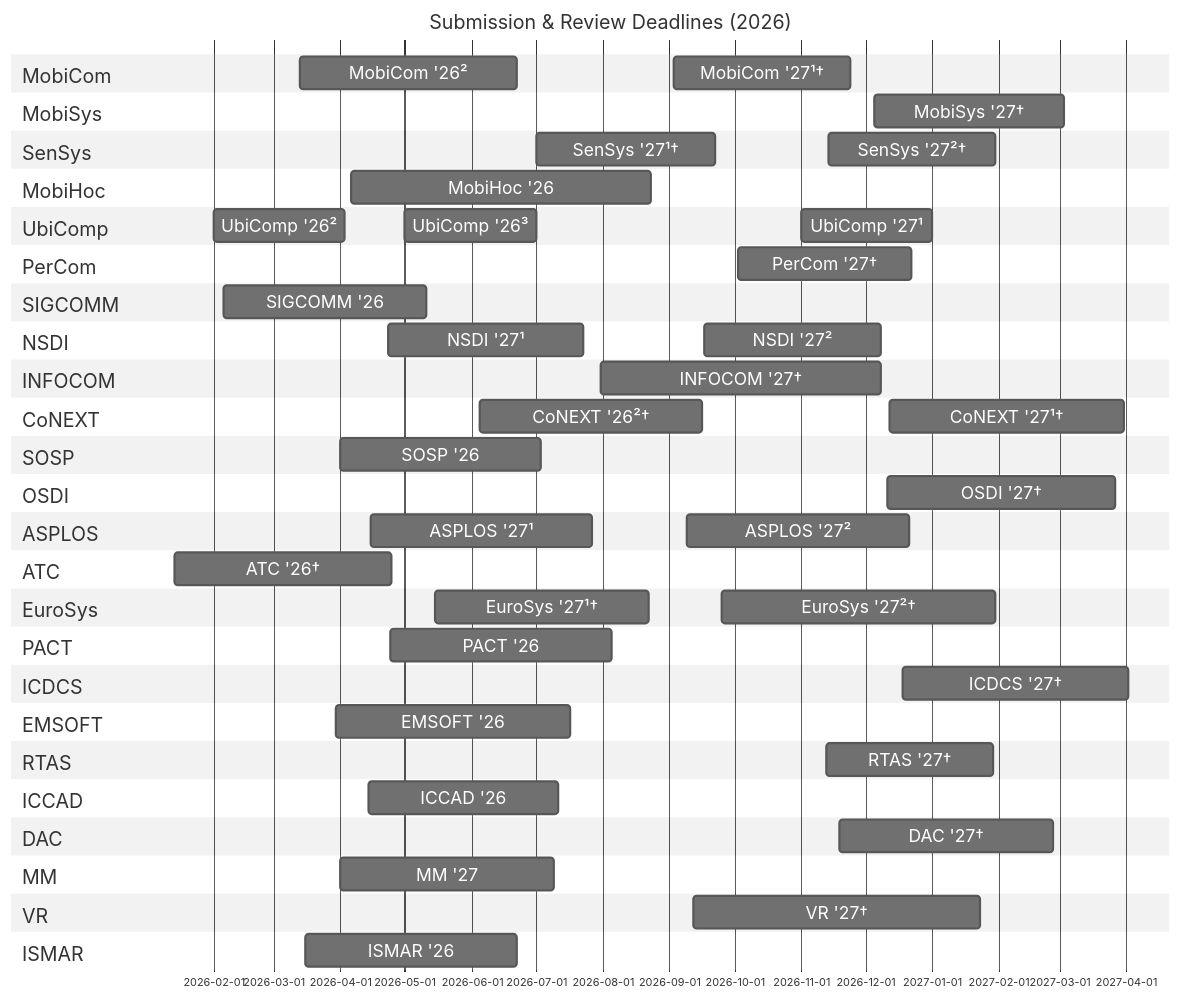
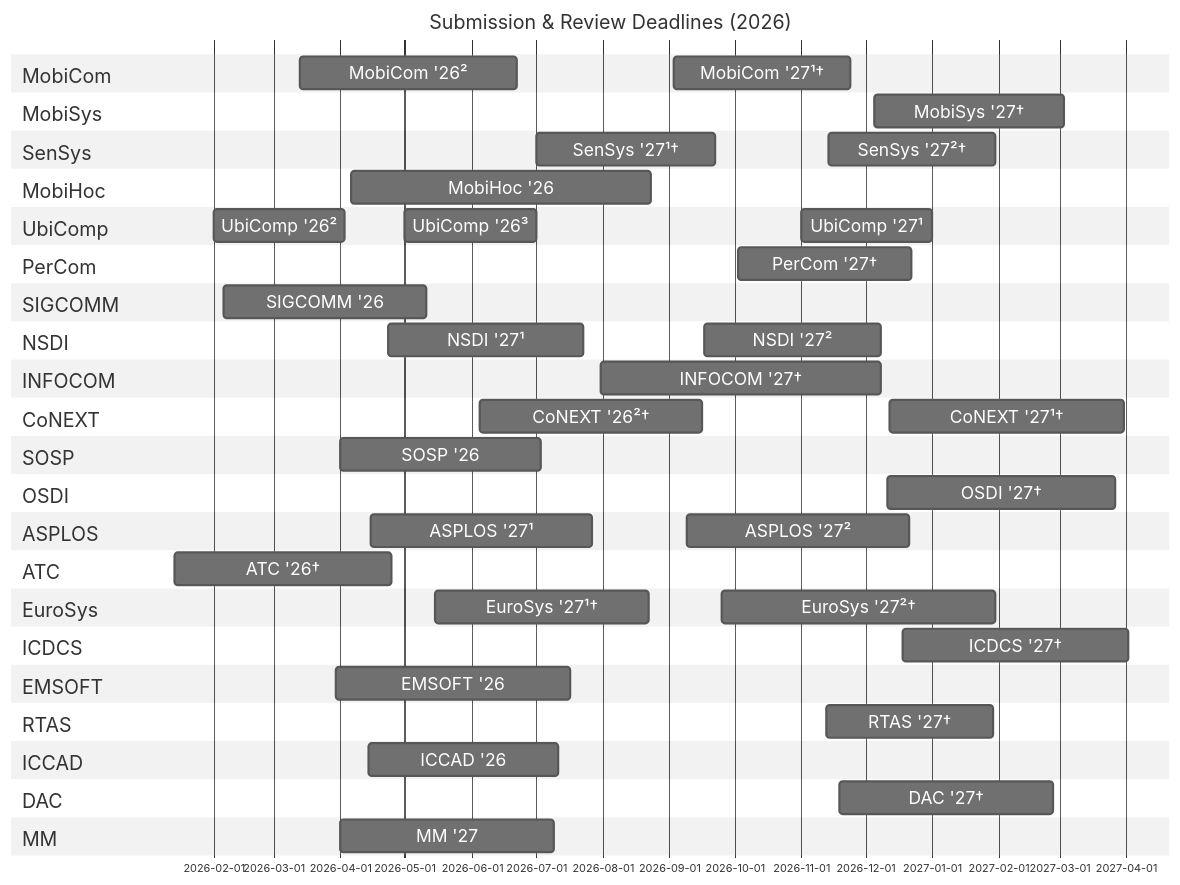
Before and after one commit to iamseonghoon/Mobile-Systems-Conference-Deadlines: the diagram in README.md, drawn with Mermaid.

Commit message:
Comment out PACT, VR, and ISMAR sections in README

````diff
--- a/README.md
+++ b/README.md
@@ -83,8 +83,8 @@
     EuroSys '27¹† :eurosys27-review1, 2026-05-15, 99d
     EuroSys '27²† :eurosys27-review2, 2026-09-25, 127d
 
-    section PACT
-    PACT '26 :pact26-review, 2026-04-24, 103d
+    %%section PACT
+    %%PACT '26 :pact26-review, 2026-04-24, 103d
 
     section ICDCS
     ICDCS '27† :icdcs27-review, 2026-12-18, 105d
@@ -110,10 +110,10 @@
     section MM
     MM '27 :mm27-review, 2026-04-01, 99d
 
-    section VR
-    VR '27† :vr27-review, 2026-09-12, 133d
+    %%section VR
+    %%VR '27† :vr27-review, 2026-09-12, 133d
 
-    section ISMAR
-    ISMAR '26 :ismar26-review, 2026-03-16, 98d
+    %%section ISMAR
+    %%ISMAR '26 :ismar26-review, 2026-03-16, 98d
 
 ```
````
